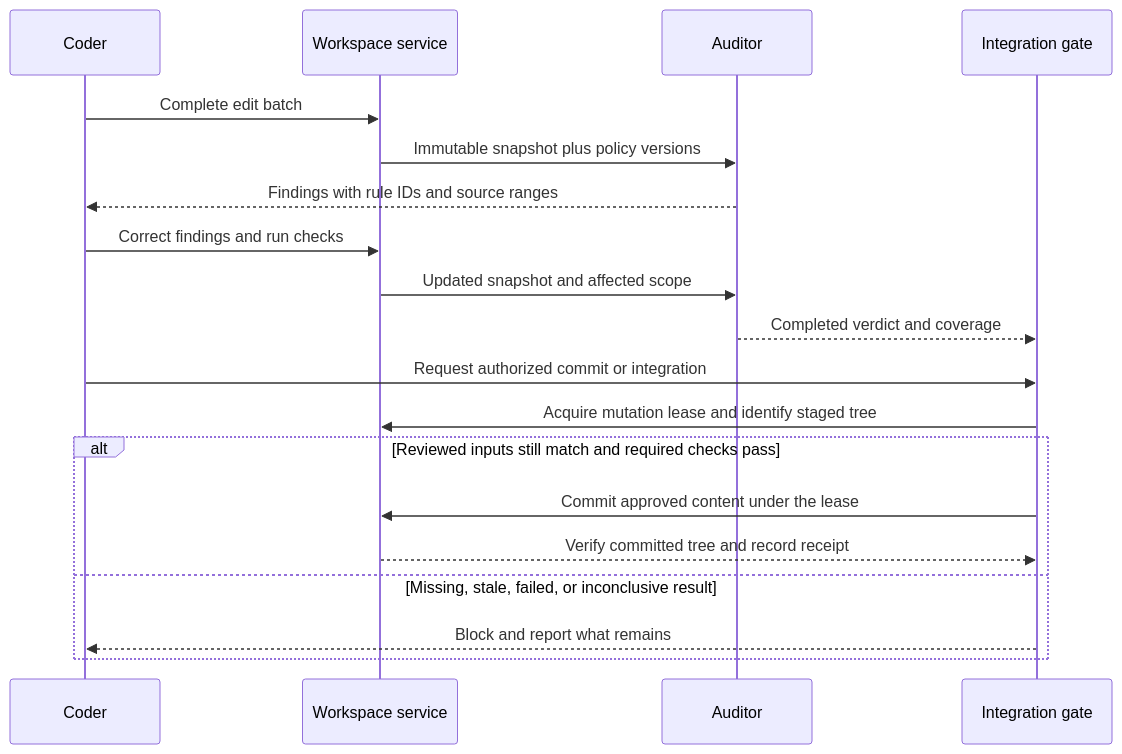
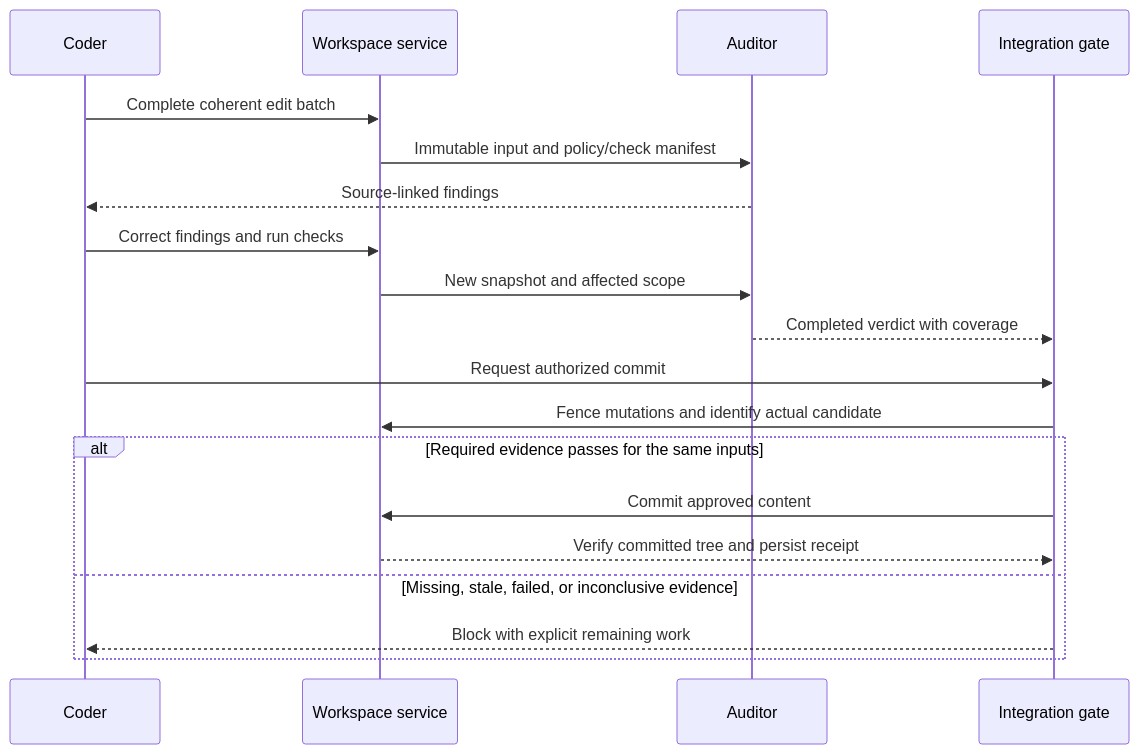
One commit to NobleFactor/noblefactor-engprod changed the second of 4 diagrams in docs/architecture/agentic-developer-workstation.md. Above: the diagram before and after it, drawn with Mermaid. The commit also changed other lines of this file, not shown here.

First line of the commit message:
docs: resolve workstation architecture review findings

````diff
--- a/docs/architecture/agentic-developer-workstation.md
+++ b/docs/architecture/agentic-developer-workstation.md
@@ -294,21 +321,21 @@
 ```mermaid
 sequenceDiagram
     participant C as Coder
     participant W as Workspace service
     participant A as Auditor
     participant G as Integration gate
-    C->>W: Complete edit batch
-    W->>A: Immutable snapshot plus policy versions
-    A-->>C: Findings with rule IDs and source ranges
+    C->>W: Complete coherent edit batch
+    W->>A: Immutable input and policy/check manifest
+    A-->>C: Source-linked findings
     C->>W: Correct findings and run checks
-    W->>A: Updated snapshot and affected scope
-    A-->>G: Completed verdict and coverage
-    C->>G: Request authorized commit or integration
-    G->>W: Acquire mutation lease and identify staged tree
-    alt Reviewed inputs still match and required checks pass
-        G->>W: Commit approved content under the lease
-        W-->>G: Verify committed tree and record receipt
-    else Missing, stale, failed, or inconclusive result
-        G-->>C: Block and report what remains
+    W->>A: New snapshot and affected scope
+    A-->>G: Completed verdict with coverage
+    C->>G: Request authorized commit
+    G->>W: Fence mutations and identify actual candidate
+    alt Required evidence passes for the same inputs
+        G->>W: Commit approved content
+        W-->>G: Verify committed tree and persist receipt
+    else Missing, stale, failed, or inconclusive evidence
+        G-->>C: Block with explicit remaining work
     end
 ```
````
